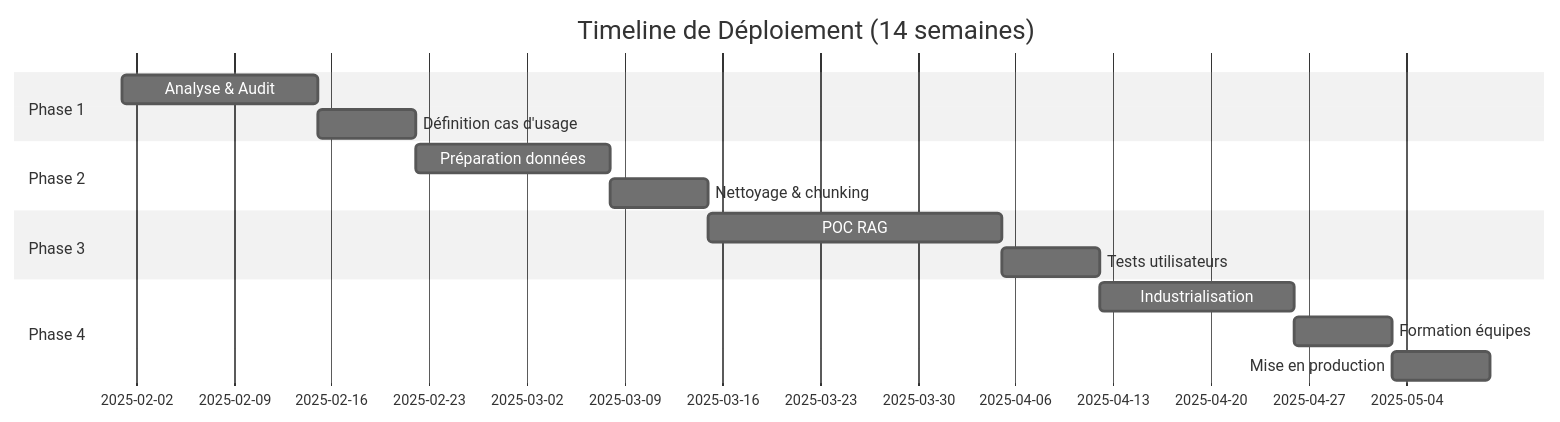
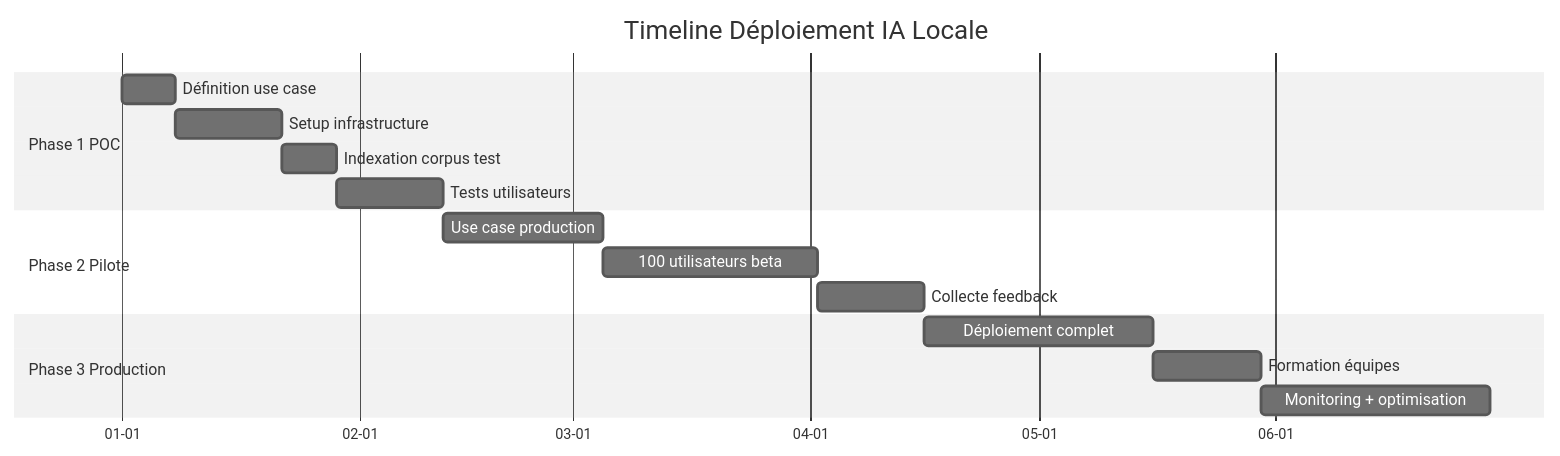
Before and after one commit to kl-IOS/IA_Locale: the second of 3 diagrams in claude/presentation_corporate.md, drawn with Mermaid (neutral theme). The commit also changed other lines of this file and 16 other files, not shown here.

````diff
--- a/claude/presentation_corporate.md
+++ b/claude/presentation_corporate.md
@@ -190,18 +167,22 @@
 ```mermaid
 gantt
-    title Timeline de Déploiement (14 semaines)
-    dateFormat  YYYY-MM-DD
-    section Phase 1
-    Analyse & Audit           :a1, 2025-02-01, 2w
-    Définition cas d'usage    :a2, after a1, 1w
-    section Phase 2
-    Préparation données       :b1, after a2, 2w
-    Nettoyage & chunking      :b2, after b1, 1w
-    section Phase 3
-    POC RAG                   :c1, after b2, 3w
-    Tests utilisateurs        :c2, after c1, 1w
-    section Phase 4
-    Industrialisation         :d1, after c2, 2w
-    Formation équipes         :d2, after d1, 1w
-    Mise en production        :d3, after d2, 1w
+    title Timeline Déploiement IA Locale
+    dateFormat YYYY-MM-DD
+    axisFormat %m-%d
+
+    section Phase 1 POC
+    Définition use case       :2025-01-01, 7d
+    Setup infrastructure      :2025-01-08, 14d
+    Indexation corpus test    :2025-01-22, 7d
+    Tests utilisateurs        :2025-01-29, 14d
+
+    section Phase 2 Pilote
+    Use case production       :2025-02-12, 21d
+    100 utilisateurs beta     :2025-03-05, 28d
+    Collecte feedback         :2025-04-02, 14d
+
+    section Phase 3 Production
+    Déploiement complet       :2025-04-16, 30d
+    Formation équipes         :2025-05-16, 14d
+    Monitoring + optimisation :2025-05-30, 30d
 ```
````
